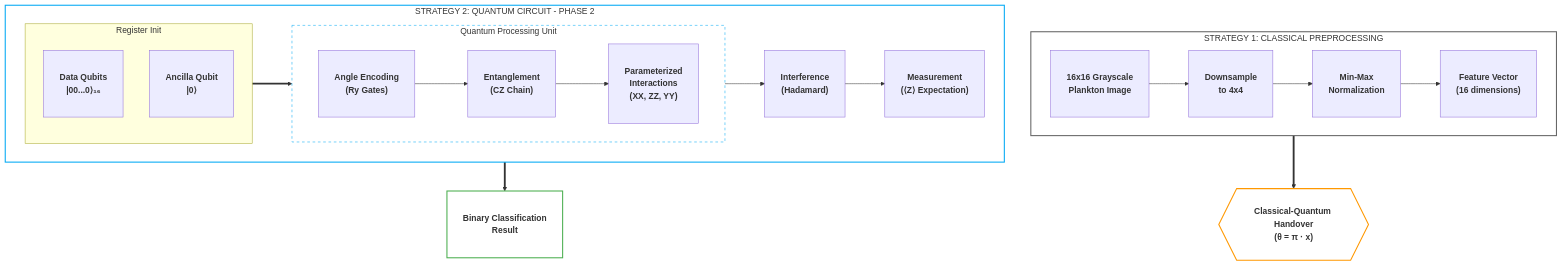
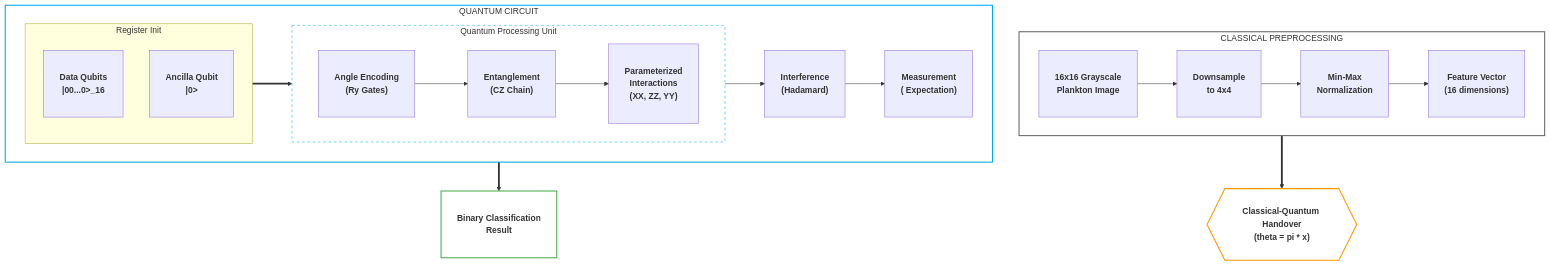
One commit to juleshenry/quantum-mnist changed the diagram in README.md. Above: the diagram before and after it, drawn with Mermaid. The commit also changed other lines of this file and 4 other files, not shown here.

````diff
--- a/README.md
+++ b/README.md
@@ -39,46 +77,39 @@
 ```mermaid
 graph TD
-    %% Classical Layer
-    subgraph Classical_Layer [STRATEGY 1: CLASSICAL PREPROCESSING]
+    subgraph Classical_Layer [CLASSICAL PREPROCESSING]
         direction LR
         A["<br/><b>16x16 Grayscale</b><br/><b>Plankton Image</b><br/><br/>"] --> B["<br/><b>Downsample</b><br/><b>to 4x4</b><br/><br/>"]
         B --> C["<br/><b>Min-Max</b><br/><b>Normalization</b><br/><br/>"]
         C --> D["<br/><b>Feature Vector</b><br/><b>(16 dimensions)</b><br/><br/>"]
     end
 
-    %% Data Handover
-    D ==> Interface{{"<br/><b>Classical-Quantum Handover</b><br/><b>(θ = π · x)</b><br/><br/>"}}
+    D ==> Interface{{"<br/><b>Classical-Quantum Handover</b><br/><b>(theta = pi * x)</b><br/><br/>"}}
 
-    %% Quantum Layer
-    subgraph Quantum_Layer [STRATEGY 2: QUANTUM CIRCUIT - PHASE 2]
+    subgraph Quantum_Layer [QUANTUM CIRCUIT]
         direction LR
-        
+
         subgraph Register_Init [Register Init]
             direction TB
-            Q_Data["<br/><b>Data Qubits</b><br/><b>|00...0⟩₁₆</b><br/><br/>"]
-            Q_Anc["<br/><b>Ancilla Qubit</b><br/><b>|0⟩</b><br/><br/>"]
+            Q_Data["<br/><b>Data Qubits</b><br/><b>|00...0>_16</b><br/><br/>"]
+            Q_Anc["<br/><b>Ancilla Qubit</b><br/><b>|0></b><br/><br/>"]
         end
 
         subgraph PQC_Flow [Quantum Processing Unit]
             direction LR
             E["<br/><b>Angle Encoding</b><br/><b>(Ry Gates)</b><br/><br/>"] --> F["<br/><b>Entanglement</b><br/><b>(CZ Chain)</b><br/><br/>"]
             F --> G["<br/><b>Parameterized</b><br/><b>Interactions</b><br/><b>(XX, ZZ, YY)</b><br/><br/>"]
         end
-        
+
         Register_Init ==> PQC_Flow
         PQC_Flow --> H["<br/><b>Interference</b><br/><b>(Hadamard)</b><br/><br/>"]
-        H --> I["<br/><b>Measurement</b><br/><b>(⟨Z⟩ Expectation)</b><br/><br/>"]
+        H --> I["<br/><b>Measurement</b><br/><b>(<Z> Expectation)</b><br/><br/>"]
     end
 
-    %% Final Output
     I ==> J["<br/><b>Binary Classification</b><br/><b>Result</b><br/><br/>"]
 
-    %% Styling for Light/Dark Compatibility
     style Classical_Layer fill:none,stroke:#666,stroke-width:2px
     style Quantum_Layer fill:none,stroke:#03a9f4,stroke-width:2px
     style Interface fill:none,stroke:#ff9800,stroke-width:2px
     style PQC_Flow fill:none,stroke:#03a9f4,stroke-dasharray: 5 5
     style J fill:none,stroke:#4caf50,stroke-width:2px
-    
-    %% Node-specific styles removed for theme compatibility
 ```
````
